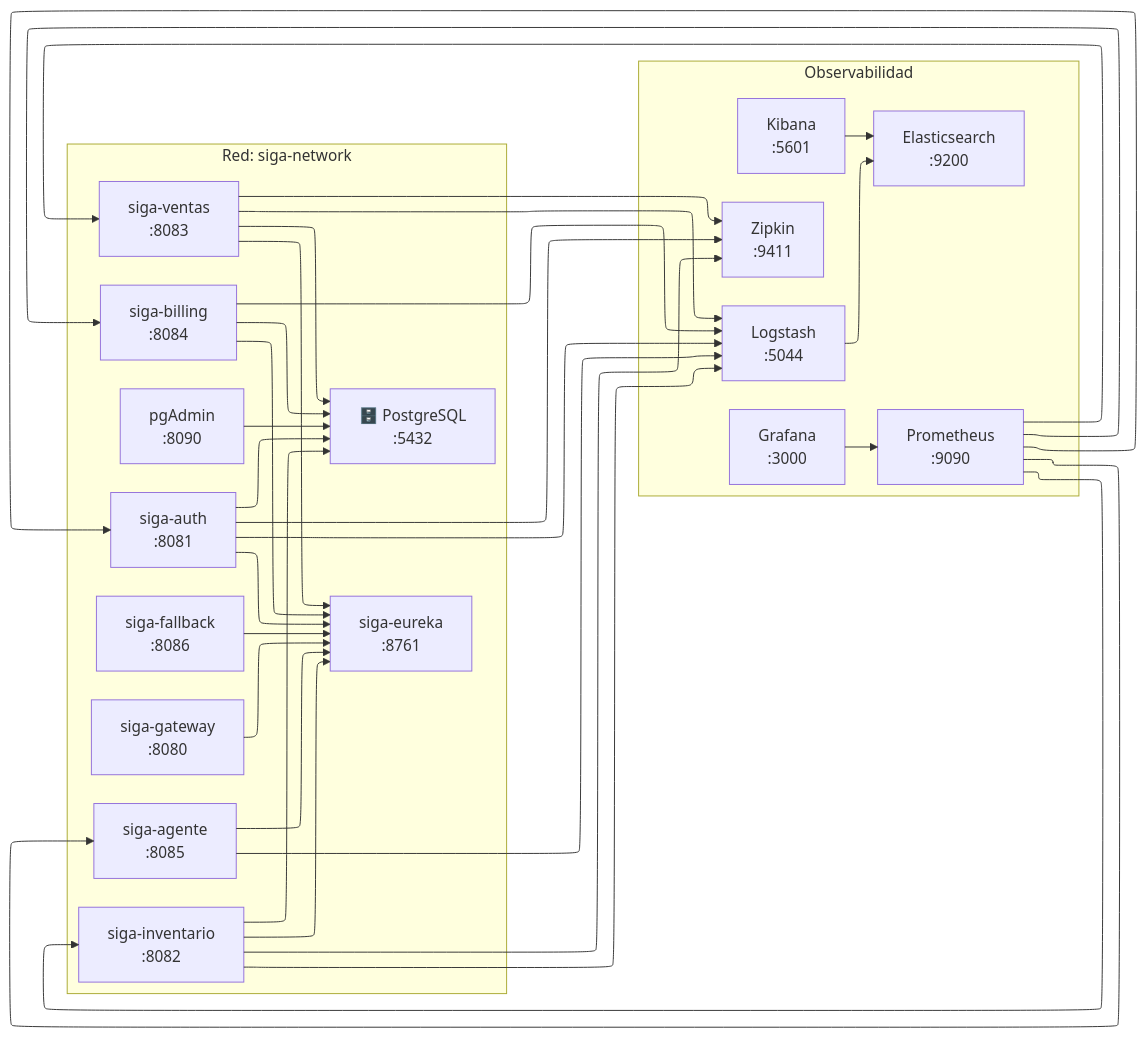
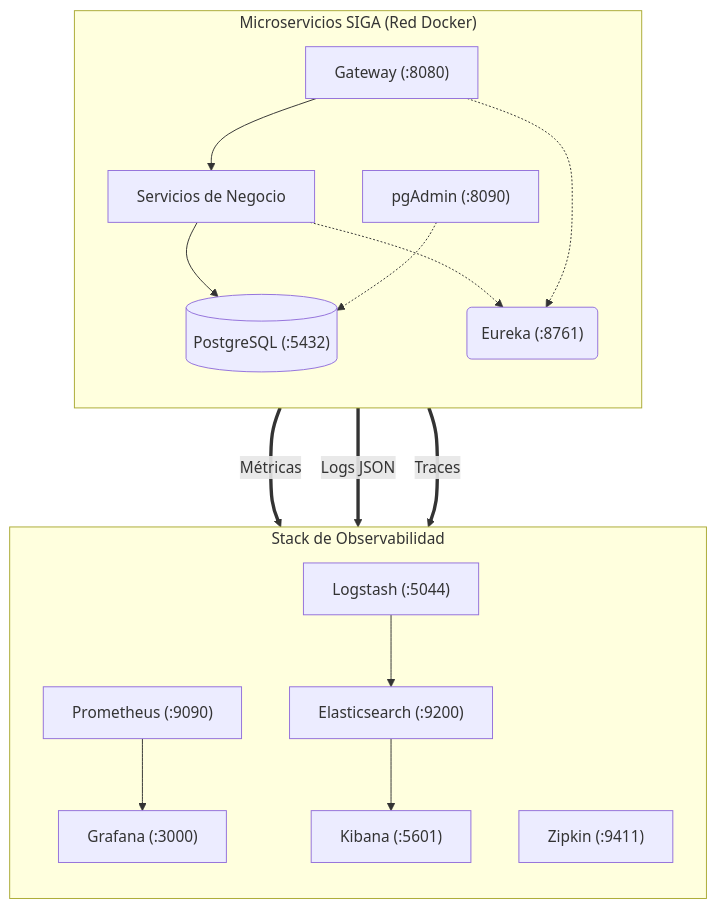
Before and after one commit to HecAguilaV/SIGA: the fifth of 7 diagrams in openspec/changes/migracion-microservicios/architecture-diagrams.md, drawn with Mermaid. The commit also changed other lines of this file, not shown here.

Commit message:
docs: simplificar diagramas para evitar líneas espagueti y mejorar legibilidad

````diff
--- a/openspec/changes/migracion-microservicios/architecture-diagrams.md
+++ b/openspec/changes/migracion-microservicios/architecture-diagrams.md
@@ -186,60 +161,27 @@
 ```mermaid
-%%{init: {"flowchart": {"defaultRenderer": "elk"}}}%%
-flowchart LR
-    subgraph Red["Red: siga-network"]
-        EU["siga-eureka<br/>:8761"]
-        GW["siga-gateway<br/>:8080"]
-
-        AU["siga-auth<br/>:8081"]
-        IN["siga-inventario<br/>:8082"]
-        VE["siga-ventas<br/>:8083"]
-        BI["siga-billing<br/>:8084"]
-        AG["siga-agente<br/>:8085"]
-        FB["siga-fallback<br/>:8086"]
-
-        DB["🗄️ PostgreSQL<br/>:5432"]
-        PA["pgAdmin<br/>:8090"]
+flowchart TD
+    subgraph App["Microservicios SIGA (Red Docker)"]
+        direction TB
+        GW["Gateway (:8080)"]
+        MS["Servicios de Negocio"]
+        DB[("PostgreSQL (:5432)")]
+        EU("Eureka (:8761)")
+        PA["pgAdmin (:8090)"]
+        
+        GW --> MS --> DB
+        MS -.-> EU
+        GW -.-> EU
+        PA -.-> DB
     end
 
-    subgraph Observabilidad["Observabilidad"]
-        PR["Prometheus<br/>:9090"]
-        GR["Grafana<br/>:3000"]
-        ES["Elasticsearch<br/>:9200"]
-        LS["Logstash<br/>:5044"]
-        KI["Kibana<br/>:5601"]
-        ZI["Zipkin<br/>:9411"]
+    subgraph Obs["Stack de Observabilidad"]
+        direction TB
+        PR["Prometheus (:9090)"] --> GR["Grafana (:3000)"]
+        LS["Logstash (:5044)"] --> ES["Elasticsearch (:9200)"] --> KI["Kibana (:5601)"]
+        ZI["Zipkin (:9411)"]
     end
-
-    GW --> EU
-    AU --> EU
-    IN --> EU
-    VE --> EU
-    BI --> EU
-    AG --> EU
-    FB --> EU
-
-    AU --> DB
-    IN --> DB
-    VE --> DB
-    BI --> DB
-    PA --> DB
-
-    PR --> AU
-    PR --> IN
-    PR --> VE
-    PR --> BI
-    PR --> AG
-    GR --> PR
-
-    AU --> LS
-    IN --> LS
-    VE --> LS
-    BI --> LS
-    AG --> LS
-    LS --> ES
-    KI --> ES
-
-    AU --> ZI
-    IN --> ZI
-    VE --> ZI
+    
+    App ===>|Métricas| PR
+    App ===>|Logs JSON| LS
+    App ===>|Traces| ZI
 ```
````
